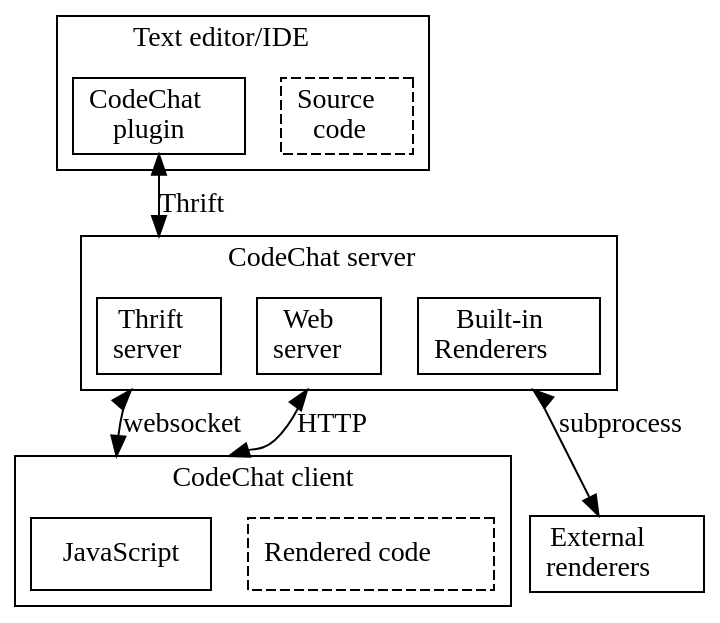
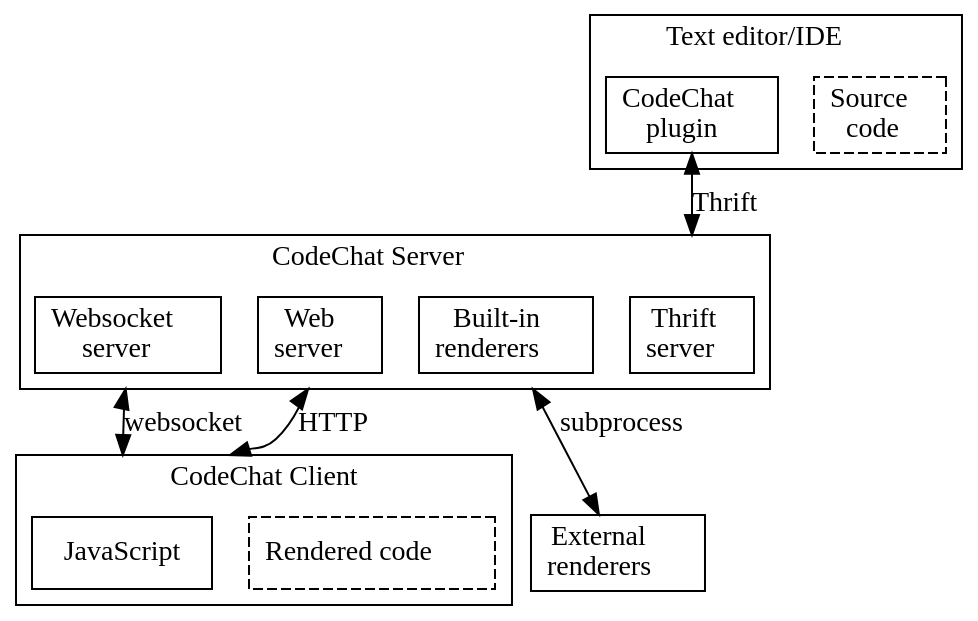
One commit to mrsuman2002/A_modular_Plugin-CodeChat changed the diagram in index.rst. Above: the diagram before and after it, drawn with Graphviz. The commit also changed other lines of this file and 4 other files, not shown here.

```diff
--- a/index.rst
+++ b/index.rst
@@ -5,30 +5,31 @@
 .. digraph:: architecture
 
     bgcolor = transparent;
     compound = true;
     node [shape = box];
     subgraph cluster_text_editor {
         label = <Text editor/IDE>;
         source_code [label = <Source<br />code>, style = dashed];
         CodeChat_plugin [label = <CodeChat<br />plugin>];
     }
 
     subgraph cluster_server {
-        label = <CodeChat server>;
+        label = <CodeChat Server>;
         thrift_server [label = <Thrift<br />server>];
+        websocket_server [label = <Websocket<br />server>];
         web_server [label = <Web <br />server>];
-        renderers [label = <Built-in<br />Renderers>];
+        renderers [label = <Built-in<br />renderers>];
     }
 
     external_renderers [label = <External <br />renderers>];
 
     subgraph cluster_client {
-        label = "CodeChat client";
+        label = "CodeChat Client";
         rendered_code [label = <Rendered code>, style = dashed];
         JavaScript;
     }
 
     CodeChat_plugin -> thrift_server [label = <Thrift>, dir = both, lhead = cluster_server];
-    thrift_server -> JavaScript [label = <websocket>, dir = both, lhead = cluster_client, ltail = cluster_server];
+    websocket_server -> JavaScript [label = <websocket>, dir = both, lhead = cluster_client, ltail = cluster_server];
     web_server -> JavaScript [label = <HTTP>, dir = both, lhead = cluster_client, ltail = cluster_server];
     renderers -> external_renderers [label = <subprocess>, ltail = cluster_server, dir = both];
```
